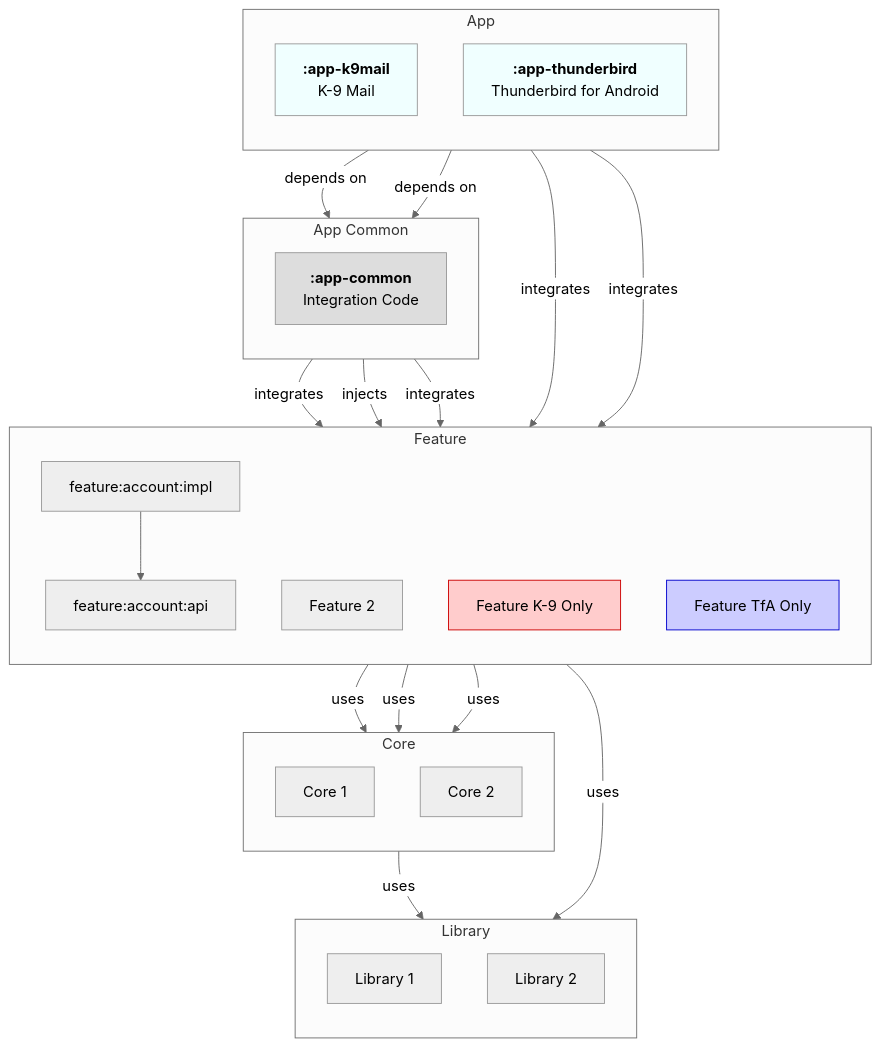
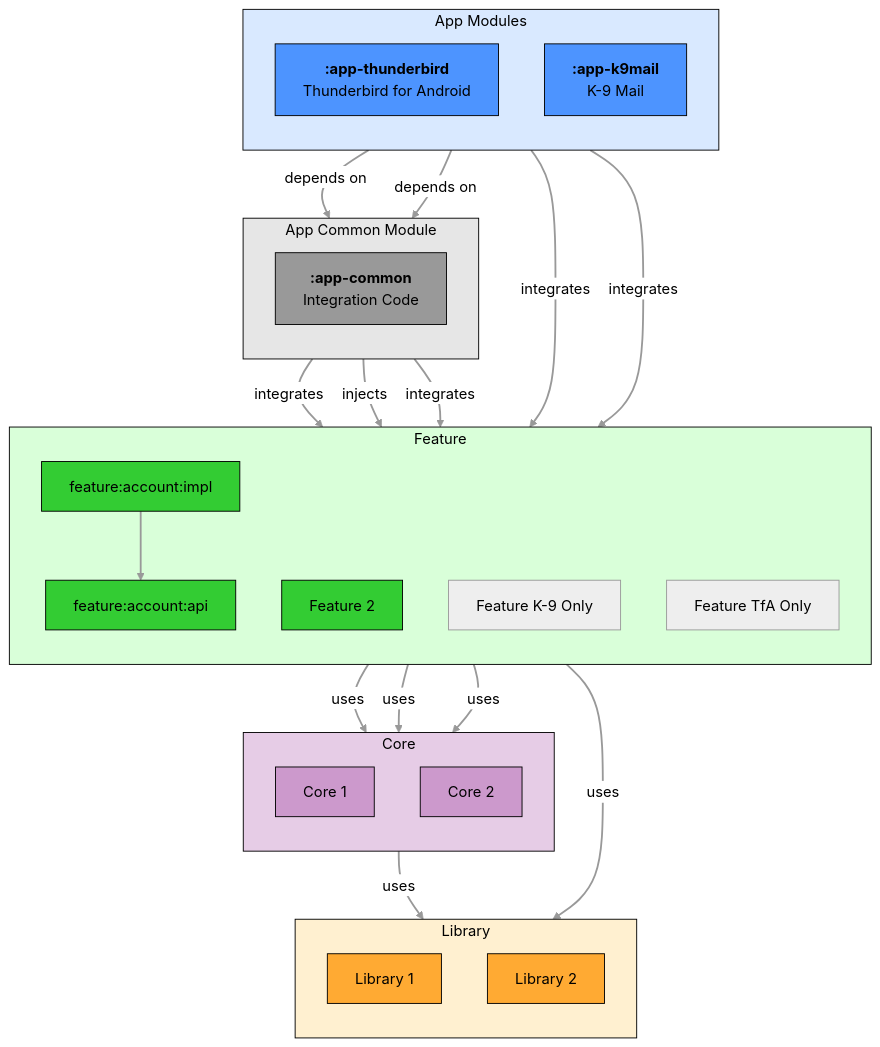
One commit to thunderbird/thunderbird-android changed the diagram in docs/architecture/module-structure.md. Above: the diagram before and after it, drawn with Mermaid (neutral theme). The commit also changed 5 other files, not shown here.

Commit message:
docs(architecture): improve diagram colors and unified styling and naming

````diff
--- a/docs/architecture/module-structure.md
+++ b/docs/architecture/module-structure.md
@@ -275,59 +275,76 @@
 ```mermaid
 graph TB
-    subgraph APP[App]
+    subgraph APP[App Modules]
         direction TB
+        APP_TB["`**:app-thunderbird**<br>Thunderbird for Android`"]
         APP_K9["`**:app-k9mail**<br>K-9 Mail`"]
-        APP_TB["`**:app-thunderbird**<br>Thunderbird for Android`"]
     end
 
-    subgraph COMMON[App Common]
+    subgraph COMMON[App Common Module]
         direction TB
-        APP_COMMON["`**:app-common**<br>Integration Code`"]
+        COMMON_APP["`**:app-common**<br>Integration Code`"]
     end
 
     subgraph FEATURE[Feature]
         direction TB
         FEATURE1[feature:account:api]
         FEATURE2[feature:account:impl]
         FEATURE3[Feature 2]
         FEATURE_K9[Feature K-9 Only]
         FEATURE_TB[Feature TfA Only]
     end
 
     subgraph CORE[Core]
         direction TB
         CORE1[Core 1]
         CORE2[Core 2]
     end
 
     subgraph LIBRARY[Library]
         direction TB
         LIB1[Library 1]
         LIB2[Library 2]
     end
 
-    APP_K9 --> |depends on| APP_COMMON
-    APP_TB --> |depends on| APP_COMMON
-    APP_COMMON --> |integrates| FEATURE1
-    APP_COMMON --> |injects| FEATURE2
+    APP_K9 --> |depends on| COMMON_APP
+    APP_TB --> |depends on| COMMON_APP
+    COMMON_APP --> |integrates| FEATURE1
+    COMMON_APP --> |injects| FEATURE2
     FEATURE2 --> FEATURE1
-    APP_COMMON --> |integrates| FEATURE3
+    COMMON_APP --> |integrates| FEATURE3
     APP_K9 --> |integrates| FEATURE_K9
     APP_TB --> |integrates| FEATURE_TB
     FEATURE1 --> |uses| CORE1
     FEATURE3 --> |uses| CORE2
     FEATURE_TB --> |uses| CORE1
     FEATURE_K9 --> |uses| LIB2
     CORE2 --> |uses| LIB1
 
-    classDef module fill:yellow
-    classDef app fill:azure
-    classDef app_common fill:#ddd
-    classDef featureK9 fill:#ffcccc,stroke:#cc0000
-    classDef featureTB fill:#ccccff,stroke:#0000cc
-    class APP_K9 app
-    class APP_TB app
-    class APP_COMMON app_common
+    classDef app fill:#d9e9ff,stroke:#000000,color:#000000
+    classDef app_module fill:#4d94ff,stroke:#000000,color:#000000
+    classDef common fill:#e6e6e6,stroke:#000000,color:#000000
+    classDef common_module fill:#999999,stroke:#000000,color:#000000
+    classDef feature fill:#d9ffd9,stroke:#000000,color:#000000
+    classDef feature_module fill:#33cc33,stroke:#000000,color:#000000
+    classDef core fill:#e6cce6,stroke:#000000,color:#000000
+    classDef core_module fill:#cc99cc,stroke:#000000,color:#000000
+    classDef library fill:#fff0d0,stroke:#000000,color:#000000
+    classDef library_module fill:#ffaa33,stroke:#000000,color:#000000
+    classDef legacy fill:#ffe6e6,stroke:#000000,color:#000000
+    classDef legacy_module fill:#ff9999,stroke:#000000,color:#000000
+
+    linkStyle default stroke:#999,stroke-width:2px
+
+    class APP app
+    class APP_K9,APP_TB app_module
+    class COMMON common
+    class COMMON_APP common_module
+    class FEATURE feature
+    class FEATURE1,FEATURE2,FEATURE3 feature_module
     class FEATURE_K9 featureK9
     class FEATURE_TB featureTB
+    class CORE core
+    class CORE1,CORE2 core_module
+    class LIBRARY library
+    class LIB1,LIB2 library_module
 ```
````
